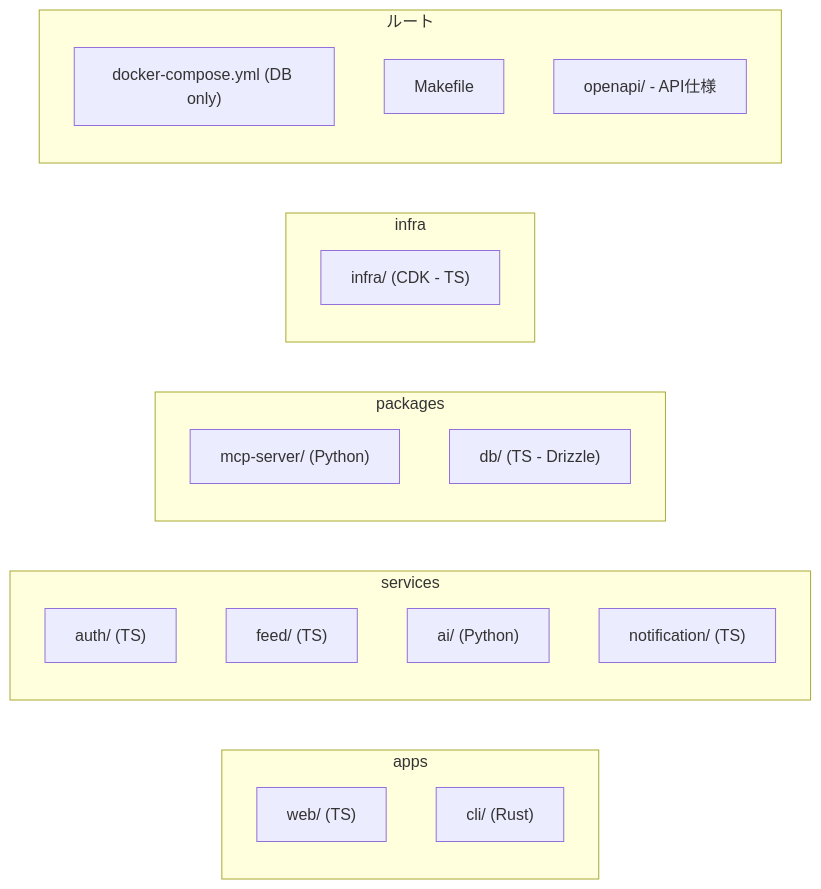
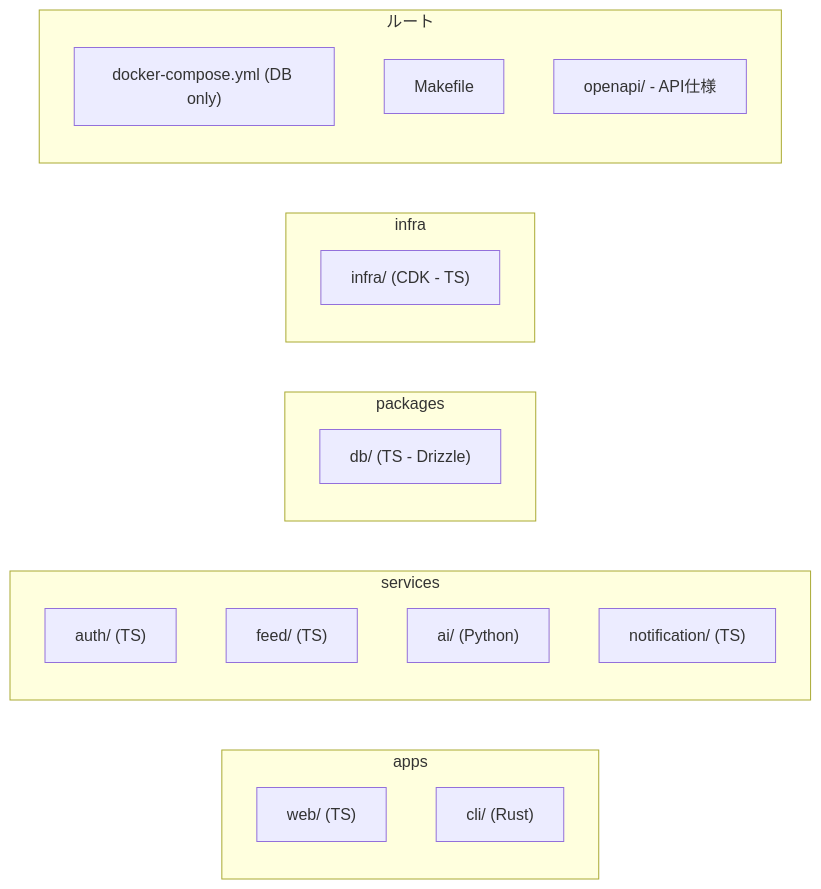
Before and after one commit to sori883/bookmark-rss-tyoukan: the second of 4 diagrams in docs/02.技術設計.md, drawn with Mermaid. The commit also changed other lines of this file and 21 other files, not shown here.

````diff
--- a/docs/02.技術設計.md
+++ b/docs/02.技術設計.md
@@ -151,25 +146,24 @@
 ```mermaid
 graph LR
     subgraph apps
         web["web/ (TS)"]
         cli["cli/ (Rust)"]
     end
     subgraph services
         auth["auth/ (TS)"]
         feed["feed/ (TS)"]
         ai["ai/ (Python)"]
         notification["notification/ (TS)"]
     end
     subgraph packages
-        mcp["mcp-server/ (Python)"]
         db["db/ (TS - Drizzle)"]
     end
     subgraph infra
         cdk["infra/ (CDK - TS)"]
     end
     subgraph root[ルート]
         compose["docker-compose.yml (DB only)"]
         makefile[Makefile]
         openapi["openapi/ - API仕様"]
     end
 ```
````
